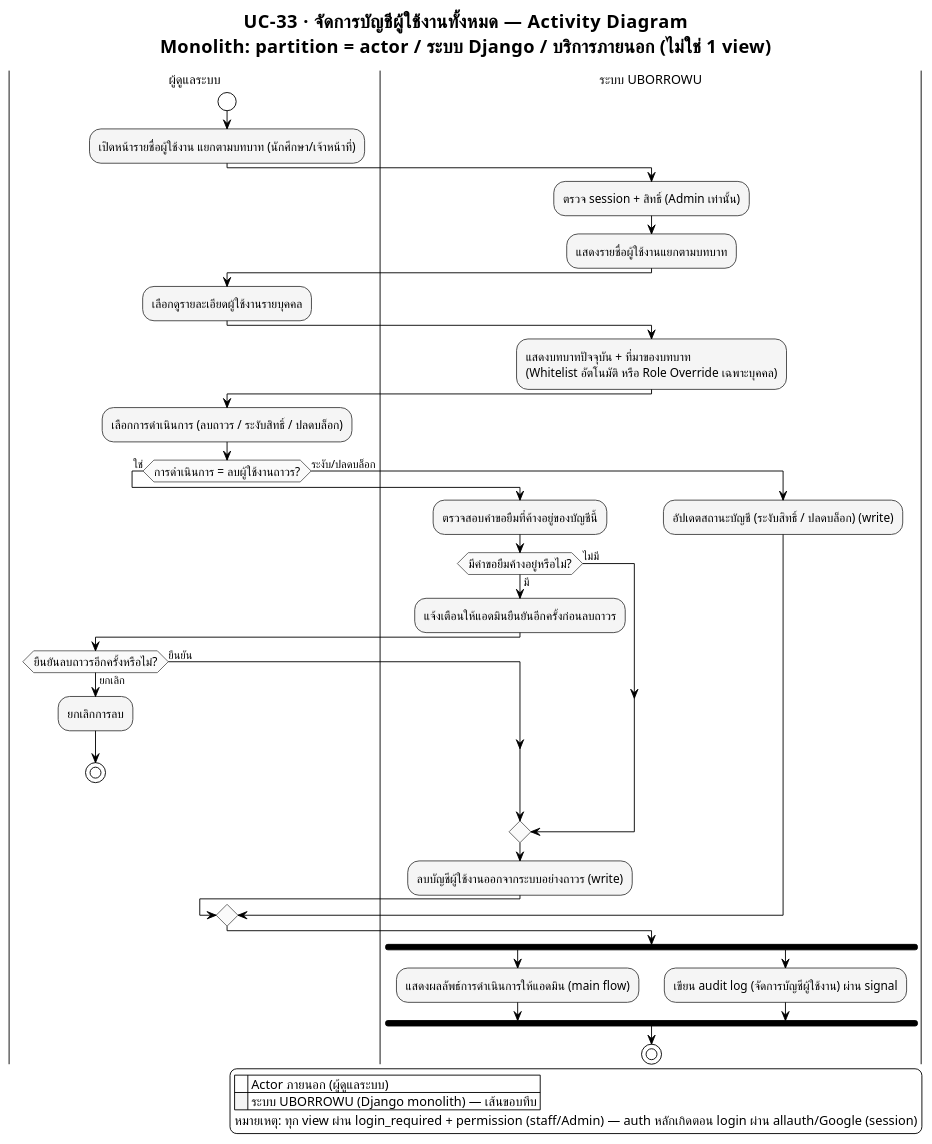
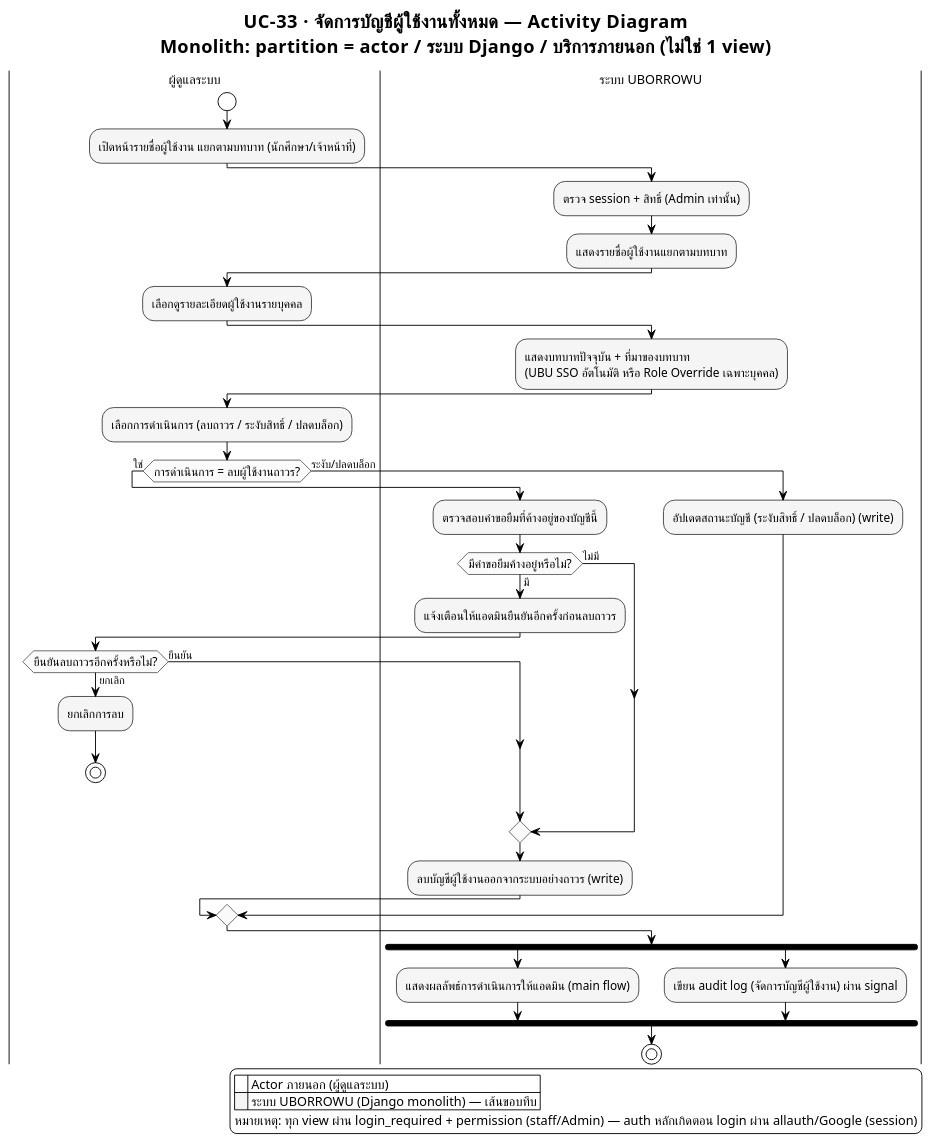
The diagram in proposal/usecase/activity_module10_uc33.puml (patlnwza-007/project-2569), drawn with PlantUML before and after one commit. The commit also changed 23 other files, not shown here.

```diff
--- a/proposal/usecase/activity_module10_uc33.puml
+++ b/proposal/usecase/activity_module10_uc33.puml
@@ -1,91 +1,91 @@
 @startuml activity_module10_uc33
 ' ══════════════════════════════════════════════════════════════════
 ' รองรับภาษาไทย — อ่านก่อน render:
 ' 1. บันทึกไฟล์นี้เป็น UTF-8 (ไม่ต้องมี BOM) เสมอ
 ' 2. ถ้า render ผ่าน CLI (plantuml.jar) ต้องระบุ flag encoding ด้วย:
 '      java -Dfile.encoding=UTF-8 -jar plantuml.jar -charset UTF-8 activity_admin_panel_uc33_manage_user_accounts.puml
 ' 3. บังคับใช้ Smetana (pure-Java layout engine) แทน Graphviz/dot
 '    เพราะ Graphviz บางระบบ (โดยเฉพาะ Windows) อ่าน UTF-8 ไม่ตรง ทำให้ตัวอักษรไทยเพี้ยน/หาย
 !pragma layout smetana
 ' 4. ฟอนต์ที่มีสระ/วรรณยุกต์ไทยครบและ render ผ่าน Java ได้เสถียร
 '    - Windows: "TH Sarabun New" (ฟอนต์มาตรฐานราชการ) หรือ "Tahoma" (มากับเครื่องอยู่แล้ว)
 '    - Linux / PlantUML online server: เปลี่ยนเป็น "Noto Sans Thai" หรือ "Loma"
 skinparam defaultFontName "TH Sarabun New"
 skinparam defaultFontSize 14
 ' ══════════════════════════════════════════════════════════════════
 
 !theme plain
 skinparam titleFontName "TH Sarabun New"
 skinparam titleFontSize 20
 skinparam noteFontName "TH Sarabun New"
 skinparam ArrowFontName "TH Sarabun New"
 skinparam ArrowFontSize 12
 skinparam swimlaneTitleFontName "TH Sarabun New"
 skinparam swimlaneTitleFontSize 14
 
 ' ===== Monochrome เท่านั้น — ห้ามให้แต่ละ partition มีสีต่างกัน =====
 skinparam activity {
   BackgroundColor #F5F5F5
   BorderColor #424242
   FontName "TH Sarabun New"
   FontSize 13
   DiamondBackgroundColor #FAFAFA
   DiamondBorderColor #616161
 }
 
 title UC-33 · จัดการบัญชีผู้ใช้งานทั้งหมด — Activity Diagram\nMonolith: partition = actor / ระบบ Django / บริการภายนอก (ไม่ใช่ 1 view)
 
 ' ===== Actor ภายนอก (human) ที่ริเริ่มกระบวนการ =====
 ' หมายเหตุ: สมมติว่าแอดมิน login แล้ว (session) — ไม่ต้องวาด OAuth ซ้ำใน flow นี้
 |ผู้ดูแลระบบ|
 start
 :เปิดหน้ารายชื่อผู้ใช้งาน แยกตามบทบาท (นักศึกษา/เจ้าหน้าที่);
 
 |ระบบ UBORROWU|
 :ตรวจ session + สิทธิ์ (Admin เท่านั้น);
 :แสดงรายชื่อผู้ใช้งานแยกตามบทบาท;
 
 |ผู้ดูแลระบบ|
 :เลือกดูรายละเอียดผู้ใช้งานรายบุคคล;
 
 |ระบบ UBORROWU|
-:แสดงบทบาทปัจจุบัน + ที่มาของบทบาท\n(Whitelist อัตโนมัติ หรือ Role Override เฉพาะบุคคล);
+:แสดงบทบาทปัจจุบัน + ที่มาของบทบาท\n(UBU SSO อัตโนมัติ หรือ Role Override เฉพาะบุคคล);
 
 |ผู้ดูแลระบบ|
 :เลือกการดำเนินการ (ลบถาวร / ระงับสิทธิ์ / ปลดบล็อก);
 
 if (การดำเนินการ = ลบผู้ใช้งานถาวร?) then (ใช่)
   |ระบบ UBORROWU|
   :ตรวจสอบคำขอยืมที่ค้างอยู่ของบัญชีนี้;
   if (มีคำขอยืมค้างอยู่หรือไม่?) then (มี)
     :แจ้งเตือนให้แอดมินยืนยันอีกครั้งก่อนลบถาวร;
     |ผู้ดูแลระบบ|
     if (ยืนยันลบถาวรอีกครั้งหรือไม่?) then (ยกเลิก)
       :ยกเลิกการลบ;
       stop
     else (ยืนยัน)
     endif
   else (ไม่มี)
   endif
   |ระบบ UBORROWU|
   :ลบบัญชีผู้ใช้งานออกจากระบบอย่างถาวร (write);
 else (ระงับ/ปลดบล็อก)
   |ระบบ UBORROWU|
   :อัปเดตสถานะบัญชี (ระงับสิทธิ์ / ปลดบล็อก) (write);
 endif
 
 fork
   :แสดงผลลัพธ์การดำเนินการให้แอดมิน (main flow);
 fork again
   :เขียน audit log (จัดการบัญชีผู้ใช้งาน) ผ่าน signal;
 end fork
 
 stop
 
 legend right
   |<back:white>    </back>| Actor ภายนอก (ผู้ดูแลระบบ) |
   |<back:#F5F5F5>    </back>| ระบบ UBORROWU (Django monolith) — เส้นขอบทึบ |
   หมายเหตุ: ทุก view ผ่าน login_required + permission (staff/Admin) — auth หลักเกิดตอน login ผ่าน allauth/Google (session)
 endlegend
 
 @enduml
```
